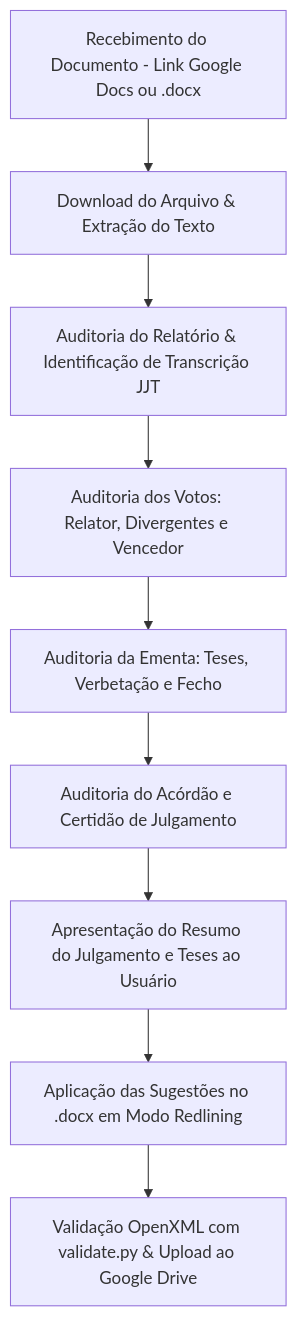
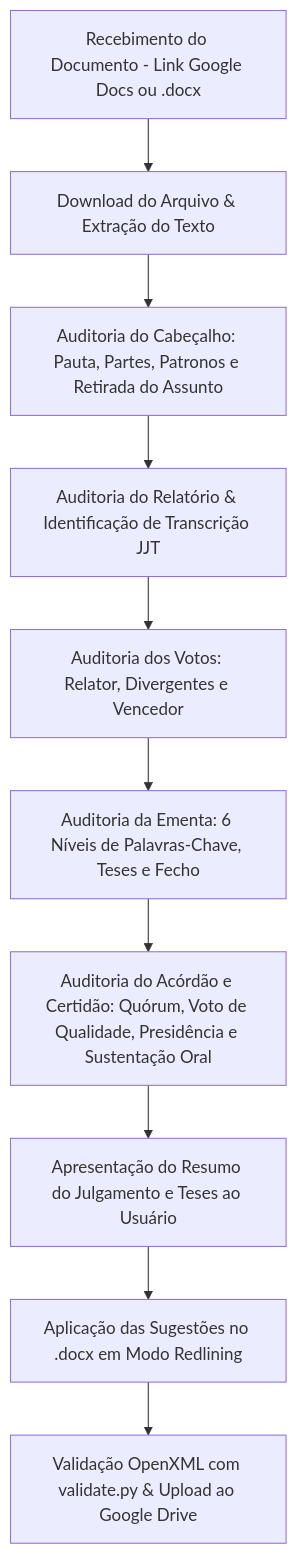
One commit to marceloid/conselheiro-crt-bh changed the diagram in skills/revisor-acordaos-crt-bh/SKILL.md. Above: the diagram before and after it, drawn with Mermaid. The commit also changed other lines of this file and 3 other files, not shown here.

````diff
--- a/skills/revisor-acordaos-crt-bh/SKILL.md
+++ b/skills/revisor-acordaos-crt-bh/SKILL.md
@@ -43,11 +49,12 @@
 ```mermaid
 graph TD
     A[Recebimento do Documento - Link Google Docs ou .docx] --> B[Download do Arquivo & Extração do Texto]
-    B --> C[Auditoria do Relatório & Identificação de Transcrição JJT]
-    C --> D[Auditoria dos Votos: Relator, Divergentes e Vencedor]
-    D --> E[Auditoria da Ementa: Teses, Verbetação e Fecho]
-    E --> F[Auditoria do Acórdão e Certidão de Julgamento]
-    F --> G[Apresentação do Resumo do Julgamento e Teses ao Usuário]
-    G --> H[Aplicação das Sugestões no .docx em Modo Redlining]
-    H --> I[Validação OpenXML com validate.py & Upload ao Google Drive]
+    B --> C[Auditoria do Cabeçalho: Pauta, Partes, Patronos e Retirada do Assunto]
+    C --> D[Auditoria do Relatório & Identificação de Transcrição JJT]
+    D --> E[Auditoria dos Votos: Relator, Divergentes e Vencedor]
+    E --> F[Auditoria da Ementa: 6 Níveis de Palavras-Chave, Teses e Fecho]
+    F --> G[Auditoria do Acórdão e Certidão: Quórum, Voto de Qualidade, Presidência e Sustentação Oral]
+    G --> H[Apresentação do Resumo do Julgamento e Teses ao Usuário]
+    H --> I[Aplicação das Sugestões no .docx em Modo Redlining]
+    I --> J[Validação OpenXML com validate.py & Upload ao Google Drive]
 ```
````
